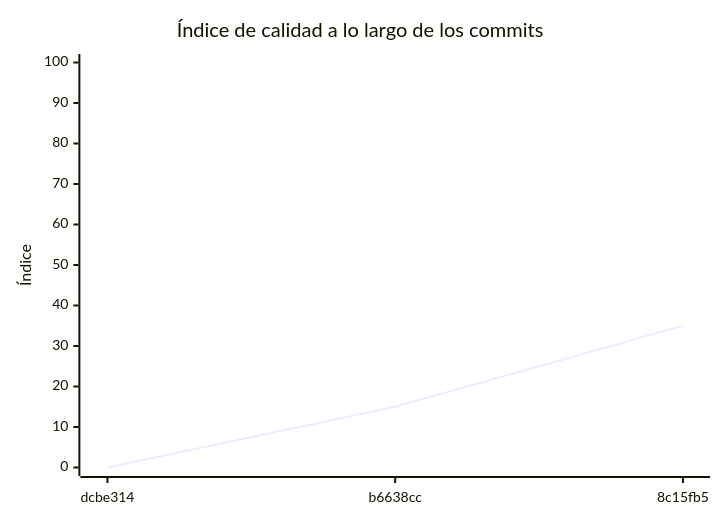
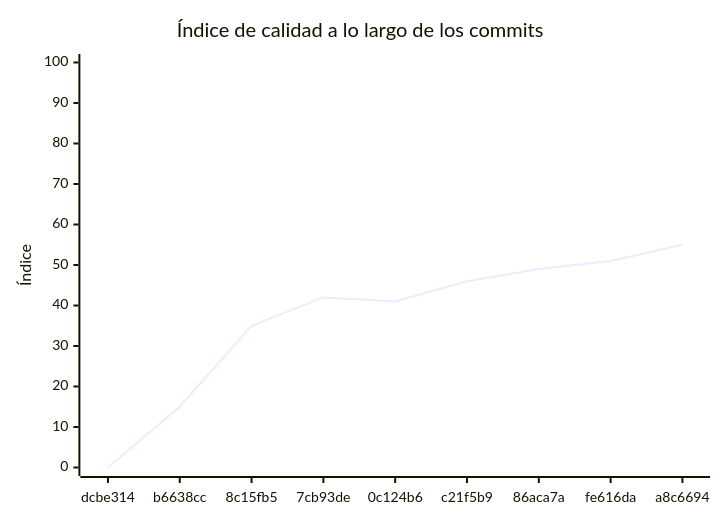
One commit to mat-gomez/appointment-service changed the diagram in docs/EVALUACION.md. Above: the diagram before and after it, drawn with Mermaid. The commit also changed other lines of this file and 1 other file, not shown here.

````diff
--- a/docs/EVALUACION.md
+++ b/docs/EVALUACION.md
@@ -131,7 +167,7 @@
 ```mermaid
 xychart-beta
     title "Índice de calidad a lo largo de los commits"
-    x-axis ["dcbe314", "b6638cc", "8c15fb5"]
+    x-axis ["dcbe314", "b6638cc", "8c15fb5", "7cb93de", "0c124b6", "c21f5b9", "86aca7a", "fe616da", "a8c6694"]
     y-axis "Índice" 0 --> 100
-    line [0, 15, 35]
+    line [0, 15, 35, 42, 41, 46, 49, 51, 55]
 ```
````
